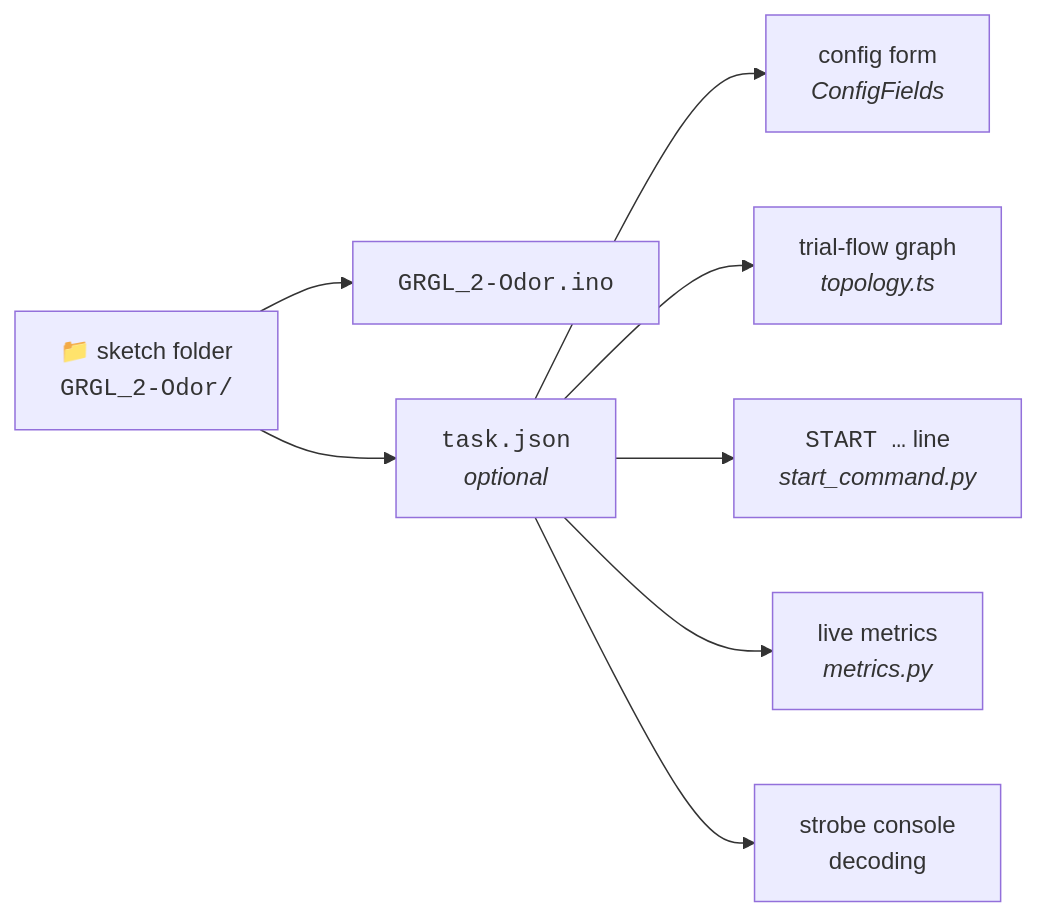
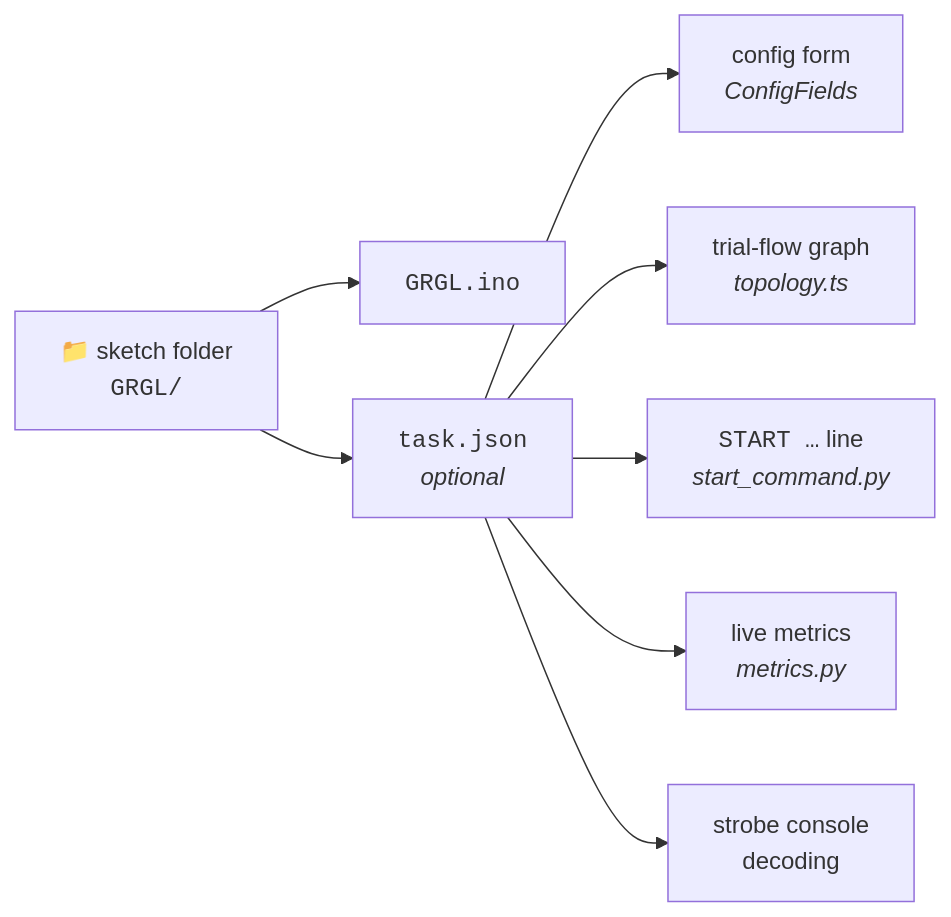
The first of 3 diagrams in docs/tasks.md (Chase-NJ/Ephymeris), drawn with Mermaid before and after one commit. The commit also changed other lines of this file and 271 other files, not shown here.

Commit message:
Unified Olfactory 2AFC task paradigm sketch. Added configuration tab to create modified task profiles from the GRGL paradigm, including shaping ramps, abstention penalty escalation, and anti-bias selection

````diff
--- a/docs/tasks.md
+++ b/docs/tasks.md
@@ -24,10 +37,10 @@
 ```mermaid
 flowchart LR
-    A["📁 sketch folder<br/><code>GRGL_2-Odor/</code>"] --> B["<code>GRGL_2-Odor.ino</code>"]
+    A["📁 sketch folder<br/><code>GRGL/</code>"] --> B["<code>GRGL.ino</code>"]
     A --> C["<code>task.json</code><br/><i>optional</i>"]
     C --> D["config form<br/><i>ConfigFields</i>"]
     C --> E["trial-flow graph<br/><i>topology.ts</i>"]
     C --> F["<code>START …</code> line<br/><i>start_command.py</i>"]
     C --> G["live metrics<br/><i>metrics.py</i>"]
     C --> H["strobe console<br/>decoding"]
 ```
````
